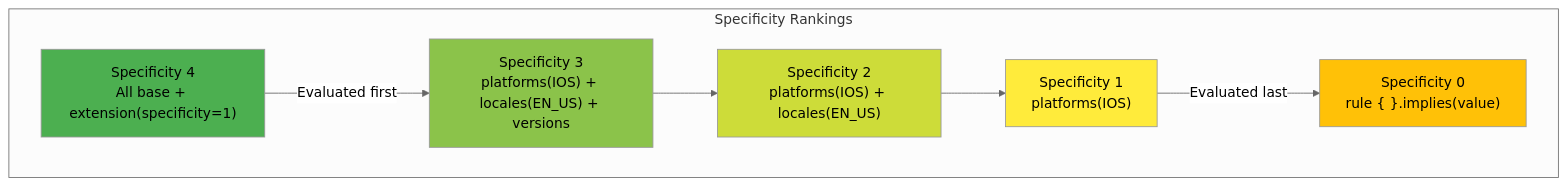
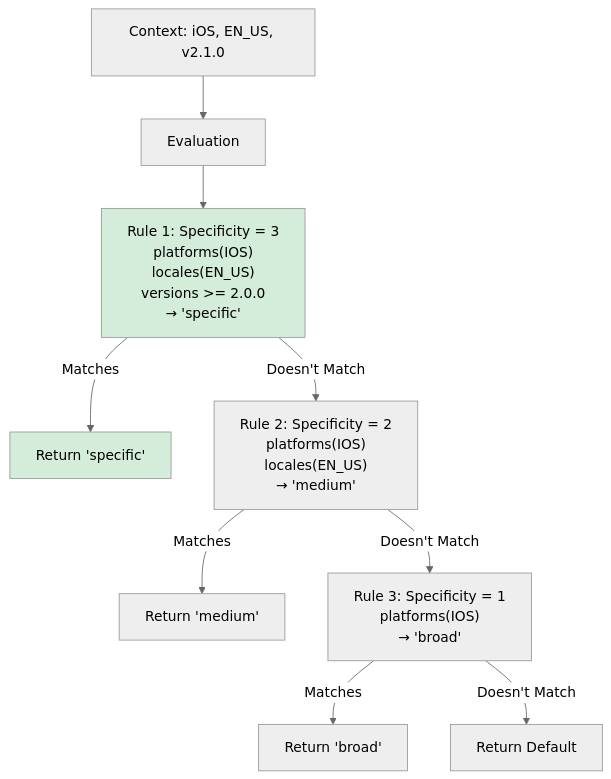
Before and after one commit to amichne/konditional: the second of 2 diagrams in docs/Evaluation.md, drawn with Mermaid (neutral theme). The commit also changed other lines of this file and 18 other files, not shown here.

````diff
--- a/docs/Evaluation.md
+++ b/docs/Evaluation.md
@@ -128,21 +368,21 @@
 ```mermaid
-graph TD
-    subgraph "Specificity Rankings"
-        S0["Specificity 0<br/>rule { }.implies(value)"]
-        S1["Specificity 1<br/>platforms(IOS)"]
-        S2["Specificity 2<br/>platforms(IOS) + locales(EN_US)"]
-        S3["Specificity 3<br/>platforms(IOS) + locales(EN_US) + versions"]
-        S4["Specificity 4<br/>All base + extension(specificity=1)"]
-    end
+flowchart TD
+    Context[Context: iOS, EN_US, v2.1.0] --> Eval[Evaluation]
 
-    S4 -->|Evaluated first| S3
-    S3 --> S2
-    S2 --> S1
-    S1 -->|Evaluated last| S0
+    Eval --> Rule1["Rule 1: Specificity = 3<br/>platforms(IOS)<br/>locales(EN_US)<br/>versions >= 2.0.0<br/>→ 'specific'"]
 
-    style S4 fill:#4caf50
-    style S3 fill:#8bc34a
-    style S2 fill:#cddc39
-    style S1 fill:#ffeb3b
-    style S0 fill:#ffc107
+    Rule1 -->|Matches| Return1[Return 'specific']
+
+    Rule1 -->|Doesn't Match| Rule2["Rule 2: Specificity = 2<br/>platforms(IOS)<br/>locales(EN_US)<br/>→ 'medium'"]
+
+    Rule2 -->|Matches| Return2[Return 'medium']
+
+    Rule2 -->|Doesn't Match| Rule3["Rule 3: Specificity = 1<br/>platforms(IOS)<br/>→ 'broad'"]
+
+    Rule3 -->|Matches| Return3[Return 'broad']
+
+    Rule3 -->|Doesn't Match| Default[Return Default]
+
+    style Rule1 fill:#d4edda
+    style Return1 fill:#d4edda
 ```
````
